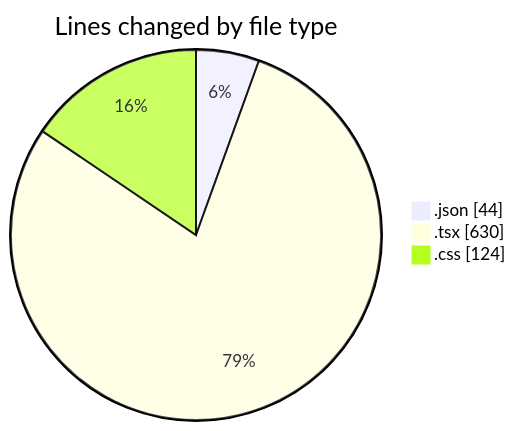
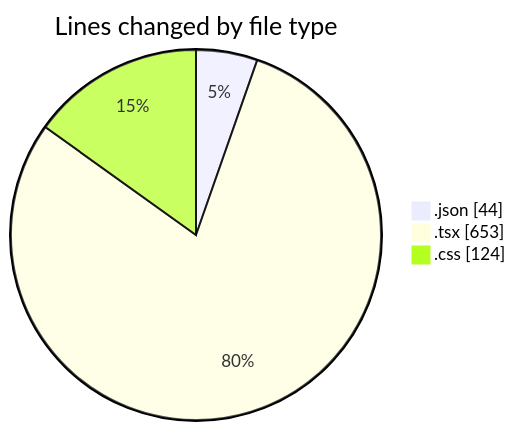
The first of 2 diagrams in 2025-03-18/peregrino-web/README.md (robertbonfada/code-tracking), drawn with Mermaid before and after one commit. The commit also changed other lines of this file and 1 other file, not shown here.

````diff
--- a/2025-03-18/peregrino-web/README.md
+++ b/2025-03-18/peregrino-web/README.md
@@ -28,7 +29,7 @@
 ```mermaid
 pie showData
 title Lines changed by file type
 ".json" : 44
-".tsx" : 630
+".tsx" : 653
 ".css" : 124
 ```
````
